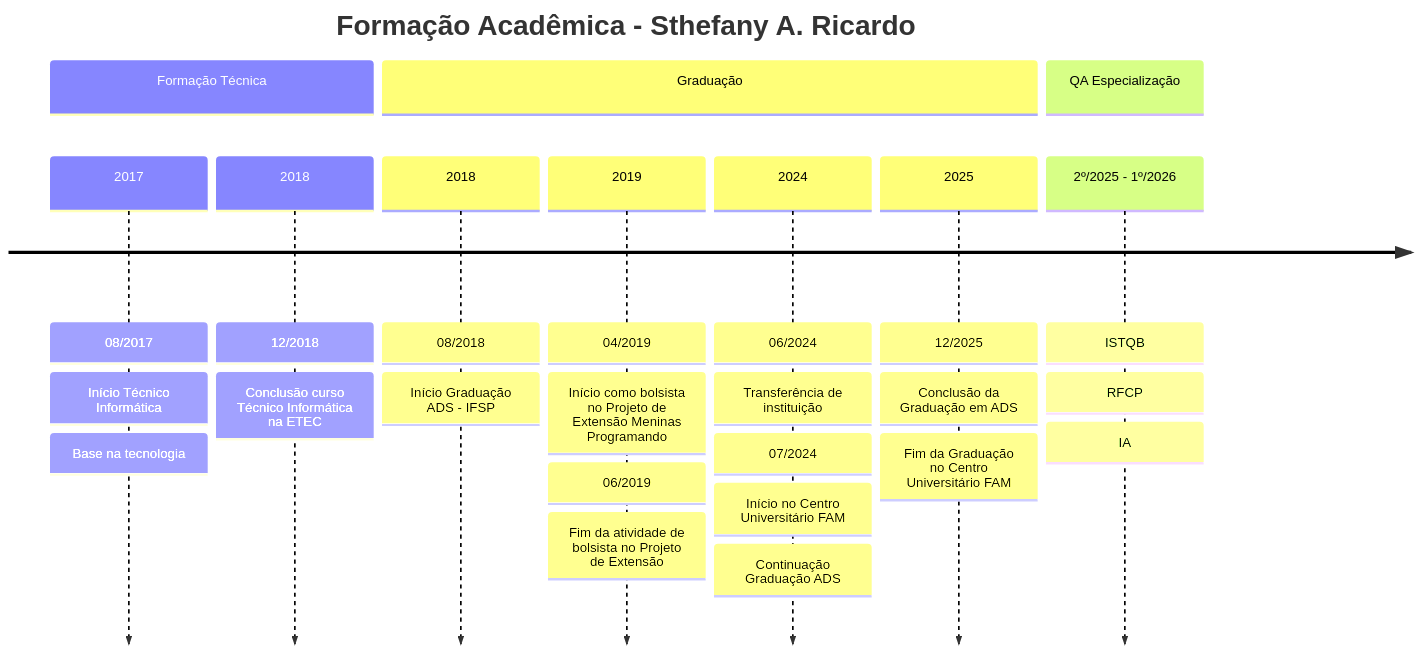
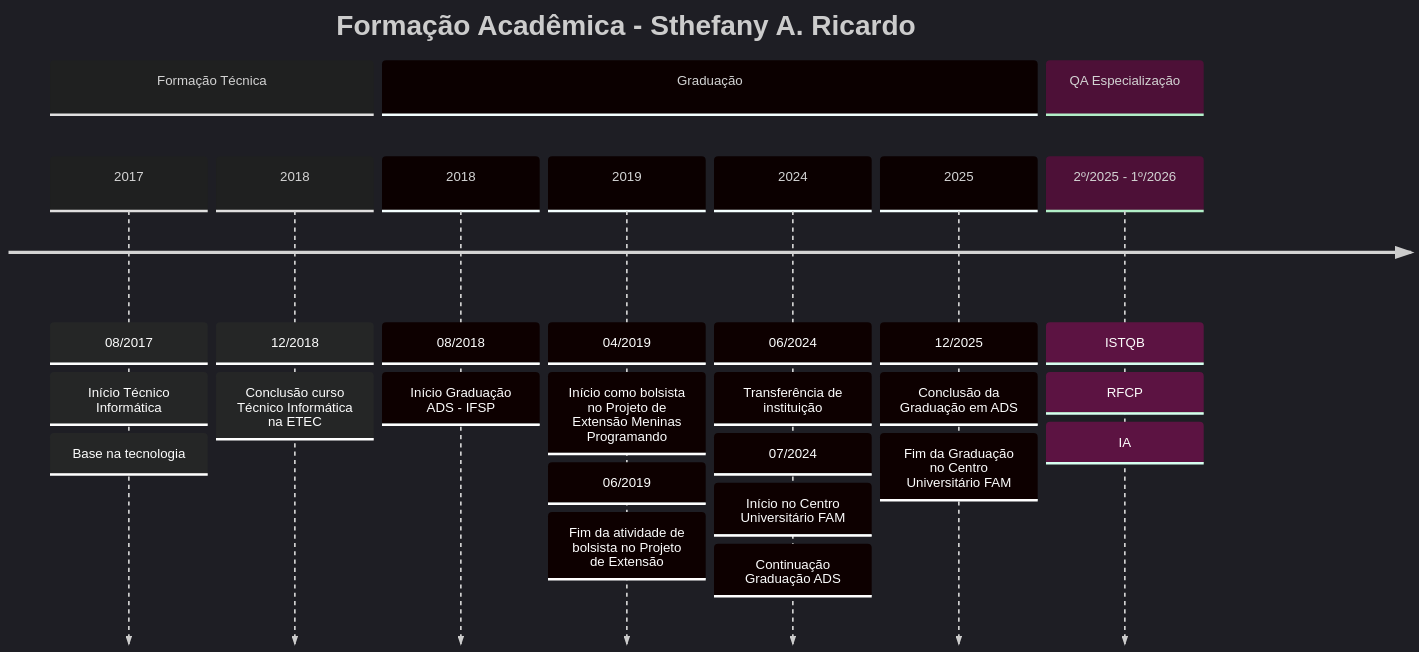
The second of 2 diagrams in README.md (sthefanyricardo/sthefanyricardo), drawn with Mermaid before and after one commit. The commit also changed other lines of this file, not shown here.

Commit message:
Destaques: Adição de linha do tempo profissional com diagramas de sereia
- Adição de linha do tempo detalhada da progressão de carreira
- Adição de linha do tempo da trajetória acadêmica
- Atualização da seção de estudos com os cursos atuais
- Melhoria na estrutura geral do perfil

````diff
--- a/README.md
+++ b/README.md
@@ -89,32 +93,36 @@
 ```mermaid
+---
+config:
+  theme: 'dark'
+---
 timeline
     title Formação Acadêmica - Sthefany A. Ricardo
     
     section Formação Técnica
     2017
         : 08/2017 : Início Técnico Informática
         : Base na tecnologia
     2018
         : 12/2018 : Conclusão curso Técnico Informática na ETEC
     
     section Graduação
     2018 
         : 08/2018 : Início Graduação ADS - IFSP
     
     2019 
         : 04/2019 : Início como bolsista no Projeto de Extensão Meninas Programando
         : 06/2019 : Fim da atividade de bolsista no Projeto de Extensão
     
     2024
         : 06/2024 : Transferência de instituição
         : 07/2024 : Início no Centro Universitário FAM
         : Continuação Graduação ADS
     
     2025
         : 12/2025 : Conclusão da Graduação em ADS
         : Fim da Graduação no Centro Universitário FAM
     
     section QA Especialização
     2º/2025 - 1º/2026 
            : ISTQB : RFCP : IA
 ```
````
